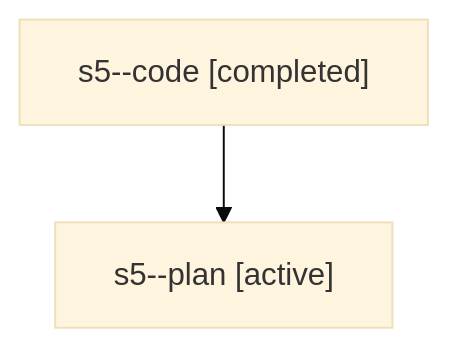
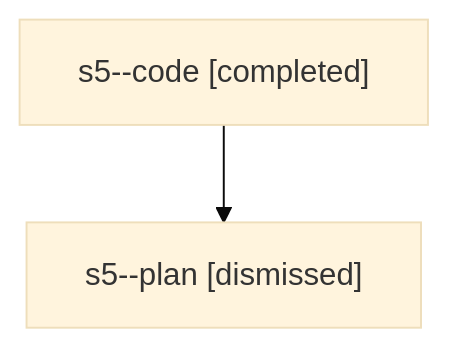
The diagram in sessions/bbugyi200.athena.s5.md (sase-org/sase--agents), drawn with Mermaid (base theme) before and after one commit. The commit also changed other lines of this file and 22 other files, not shown here.

````diff
--- a/sessions/bbugyi200.athena.s5.md
+++ b/sessions/bbugyi200.athena.s5.md
@@ -9,6 +9,6 @@
 ```mermaid
 flowchart TD
   n0["s5--code [completed]"]
-  n1["s5--plan [active]"]
+  n1["s5--plan [dismissed]"]
   n0 --> n1
 ```
````
